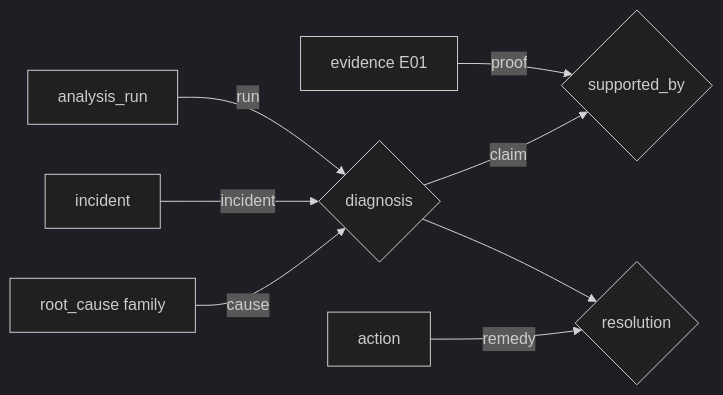
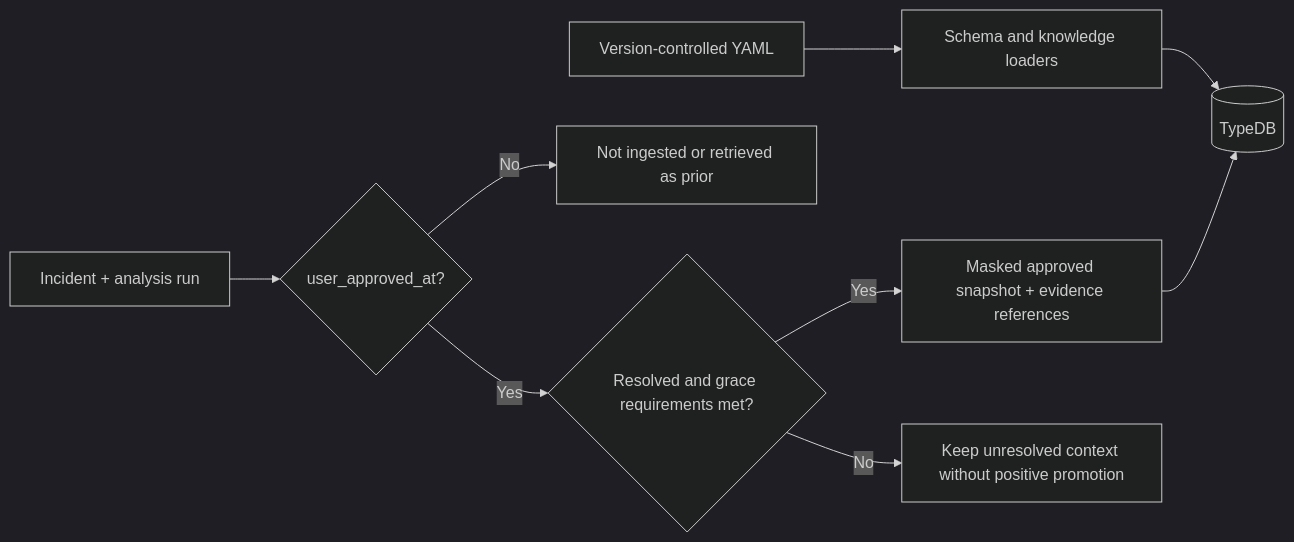
The third of 4 diagrams in docs/ONTOLOGY-GUIDE.md (uclix-nvidia-sw/runaiRCA), drawn with Mermaid (dark theme) before and after one commit. The commit also changed other lines of this file and 5 other files, not shown here.

````diff
--- a/docs/ONTOLOGY-GUIDE.md
+++ b/docs/ONTOLOGY-GUIDE.md
@@ -21,10 +67,11 @@
 ```mermaid
 flowchart LR
-  R[analysis_run] -->|run| D{diagnosis}
-  I[incident] -->|incident| D
-  C[root_cause family] -->|cause| D
-  E[evidence E01] -->|proof| S{supported_by}
-  D -->|claim| S
-  D --> Q{resolution}
-  A[action] -->|remedy| Q
+  Y[Version-controlled YAML] --> L[Schema and knowledge loaders]
+  L --> T[(TypeDB)]
+  I[Incident + analysis run] --> A{user_approved_at?}
+  A -->|No| N[Not ingested or retrieved as prior]
+  A -->|Yes| E{Resolved and grace requirements met?}
+  E -->|Yes| M[Masked approved snapshot + evidence references]
+  E -->|No| U[Keep unresolved context without positive promotion]
+  M --> T
 ```
````
